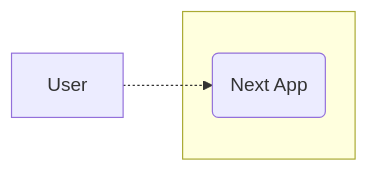
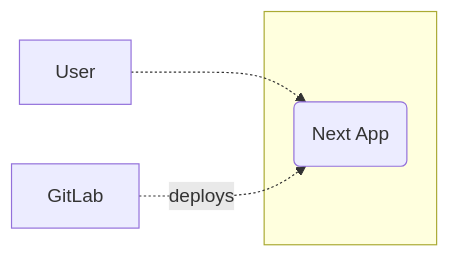
Before and after one commit to joernb/blueprints: the diagram in README.md, drawn with Mermaid. The commit also changed other lines of this file and 5 other files, not shown here.

Commit message:
integrate GitLab

````diff
--- a/README.md
+++ b/README.md
@@ -24,11 +24,13 @@
 ```mermaid
 graph LR
 
 User["User"]
+GitLab["GitLab"]
 
 subgraph " "
   NextApp("Next App")
 end
 
 User -.-> NextApp
+GitLab -."deploys".-> NextApp
 ```
````
